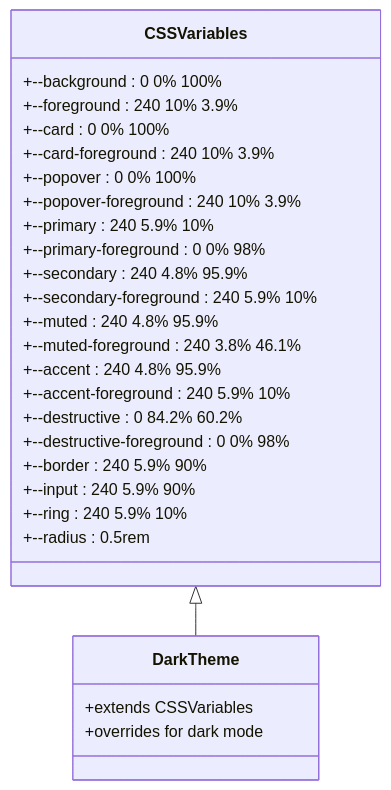
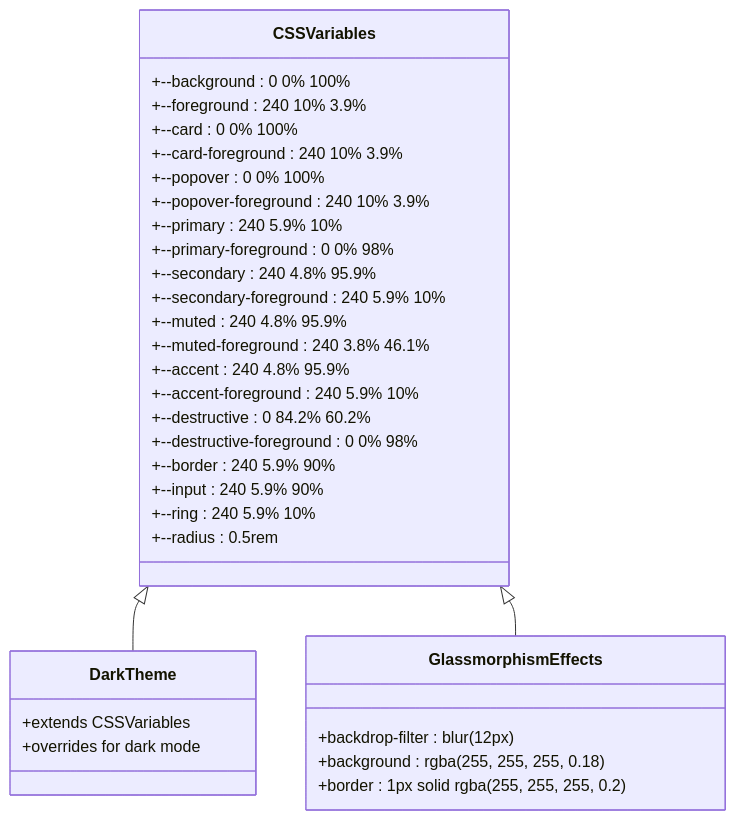
Diagram 12 of 13 in .qoder/repowiki/en/content/Per-User Background Image System.md (Nikita5543/New-SSO-02), drawn with Mermaid before and after one commit. The commit also changed other lines of this file and 3 other files, not shown here.

````diff
--- a/.qoder/repowiki/en/content/Per-User Background Image System.md
+++ b/.qoder/repowiki/en/content/Per-User Background Image System.md
@@ -457,30 +469,36 @@
 ```mermaid
 classDiagram
 class CSSVariables {
 +--background : 0 0% 100%
 +--foreground : 240 10% 3.9%
 +--card : 0 0% 100%
 +--card-foreground : 240 10% 3.9%
 +--popover : 0 0% 100%
 +--popover-foreground : 240 10% 3.9%
 +--primary : 240 5.9% 10%
 +--primary-foreground : 0 0% 98%
 +--secondary : 240 4.8% 95.9%
 +--secondary-foreground : 240 5.9% 10%
 +--muted : 240 4.8% 95.9%
 +--muted-foreground : 240 3.8% 46.1%
 +--accent : 240 4.8% 95.9%
 +--accent-foreground : 240 5.9% 10%
 +--destructive : 0 84.2% 60.2%
 +--destructive-foreground : 0 0% 98%
 +--border : 240 5.9% 90%
 +--input : 240 5.9% 90%
 +--ring : 240 5.9% 10%
 +--radius : 0.5rem
 }
 class DarkTheme {
 +extends CSSVariables
 +overrides for dark mode
 }
+class GlassmorphismEffects {
++backdrop-filter : blur(12px)
++background : rgba(255, 255, 255, 0.18)
++border : 1px solid rgba(255, 255, 255, 0.2)
+}
 CSSVariables <|-- DarkTheme
+CSSVariables <|-- GlassmorphismEffects
 ```
````
